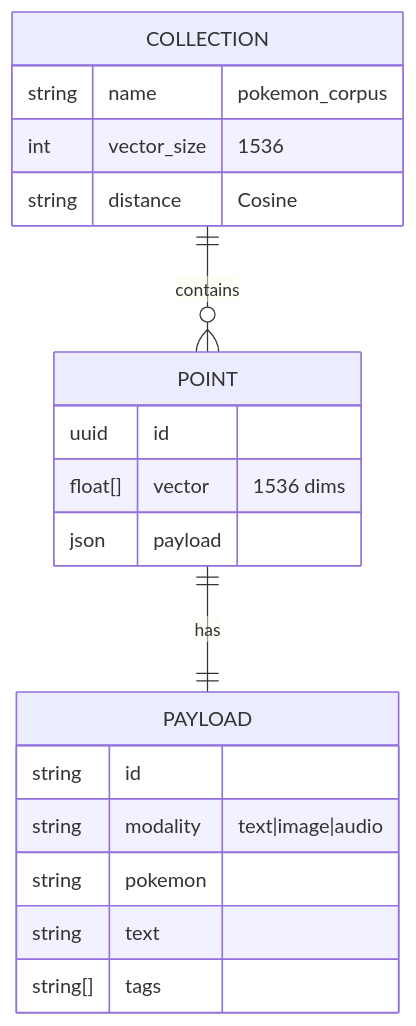
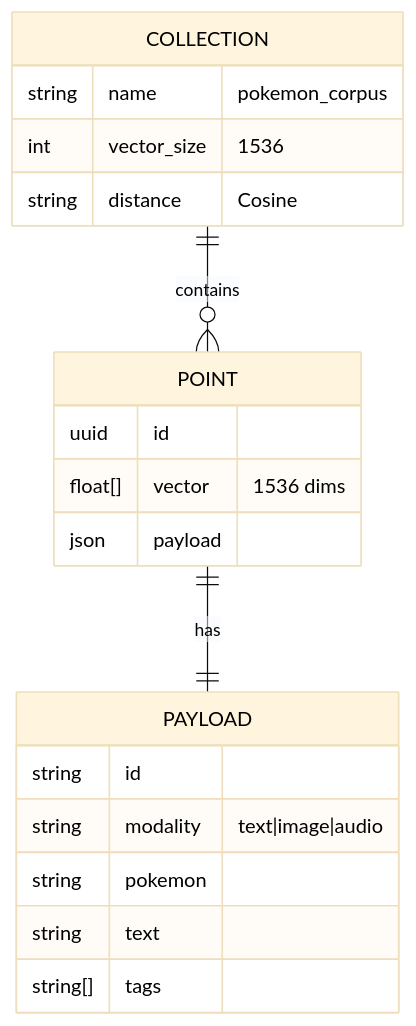
One commit to anirudhk-tech/Pokedex changed the fifth of 8 diagrams in docs/ARCHITECTURE.md. Above: the diagram before and after it, drawn with Mermaid. The commit also changed other lines of this file and 2 other files, not shown here.

````diff
--- a/docs/ARCHITECTURE.md
+++ b/docs/ARCHITECTURE.md
@@ -463,25 +467,26 @@
 ```mermaid
+%%{init: {'theme': 'base', 'themeVariables': { 'primaryTextColor': '#000000', 'secondaryTextColor': '#000000', 'tertiaryTextColor': '#000000'}}}%%
 erDiagram
     COLLECTION {
         string name "pokemon_corpus"
         int vector_size "1536"
         string distance "Cosine"
     }
     
     POINT {
         uuid id
         float[] vector "1536 dims"
         json payload
     }
     
     PAYLOAD {
         string id
         string modality "text|image|audio"
         string pokemon
         string text
         string[] tags
     }
     
     COLLECTION ||--o{ POINT : contains
     POINT ||--|| PAYLOAD : has
 ```
````
